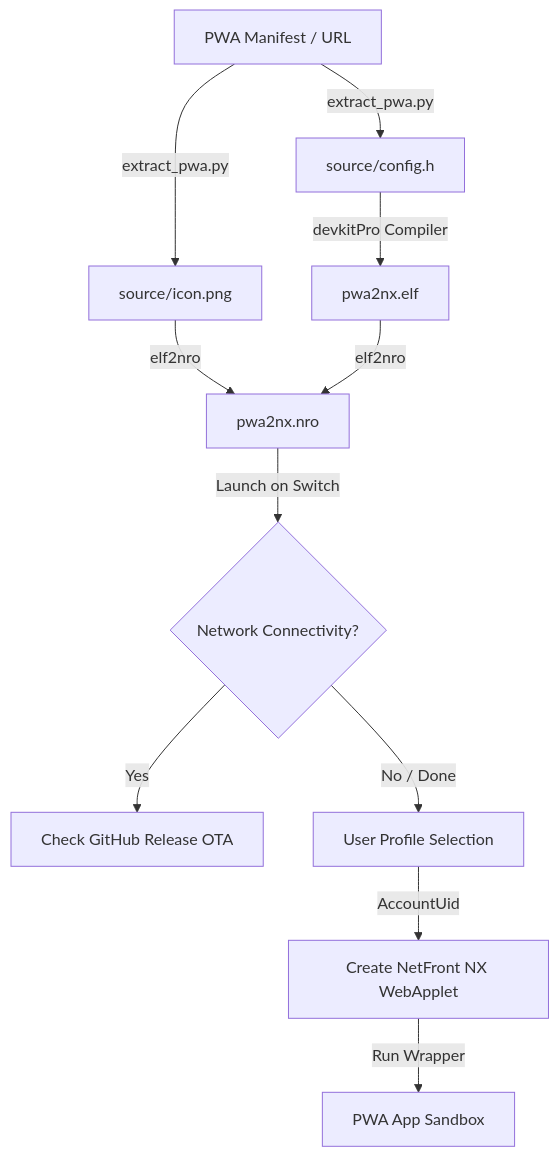
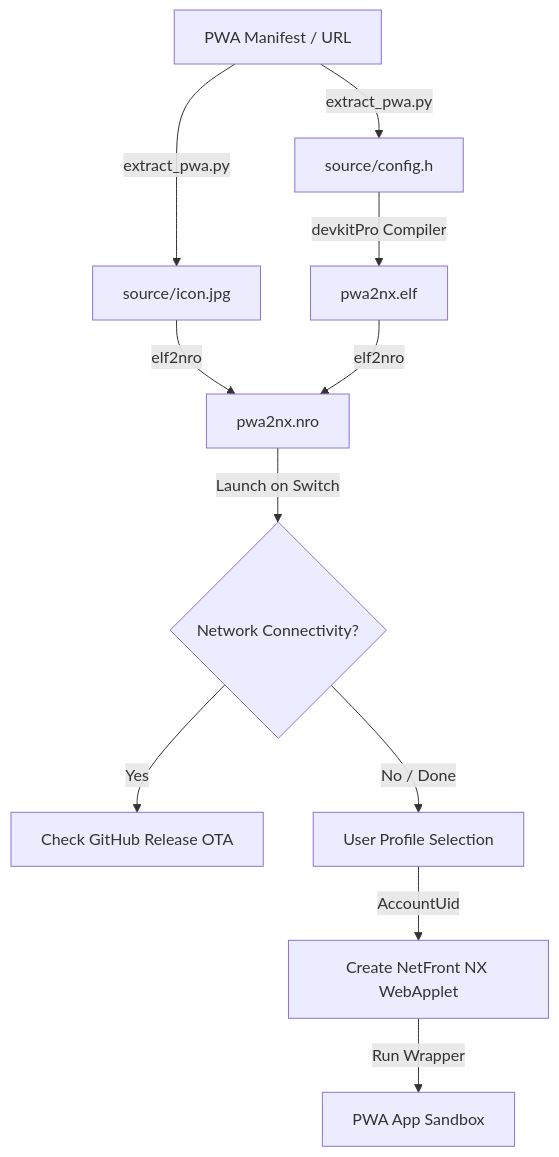
The diagram in docs/architecture.md (FaserF/pwa2nx), drawn with Mermaid before and after one commit. The commit also changed 9 other files, not shown here.

````diff
--- a/docs/architecture.md
+++ b/docs/architecture.md
@@ -9,13 +9,13 @@
 ```mermaid
 graph TD
     A[PWA Manifest / URL] -->|extract_pwa.py| B[source/config.h]
-    A -->|extract_pwa.py| C[source/icon.png]
+    A -->|extract_pwa.py| C[source/icon.jpg]
     B -->|devkitPro Compiler| D[pwa2nx.elf]
     C -->|elf2nro| E[pwa2nx.nro]
     D -->|elf2nro| E
     E -->|Launch on Switch| F{Network Connectivity?}
     F -->|Yes| G[Check GitHub Release OTA]
     F -->|No / Done| H[User Profile Selection]
     H -->|AccountUid| I[Create NetFront NX WebApplet]
     I -->|Run Wrapper| J[PWA App Sandbox]
 ```
````
